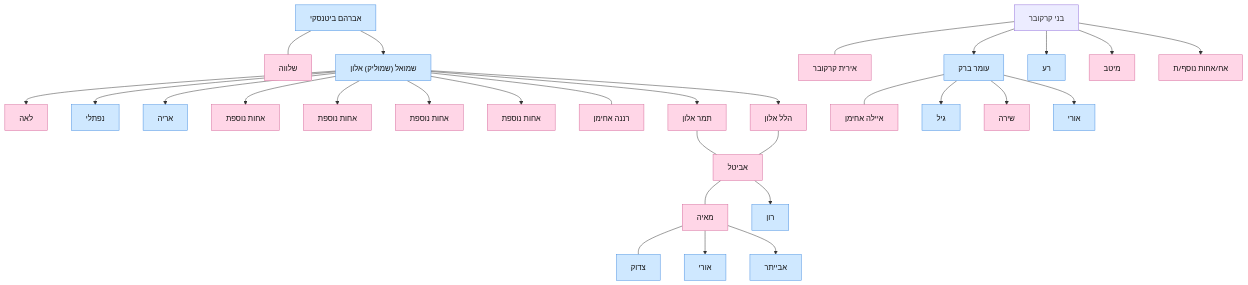
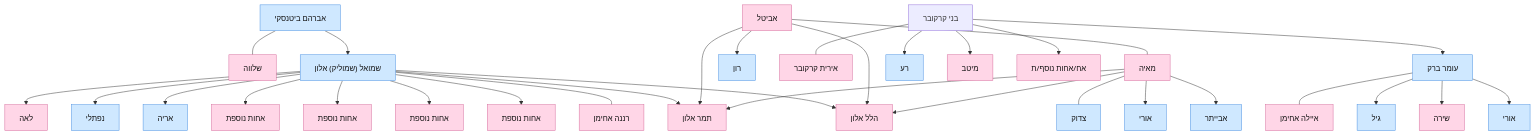
One commit to danielschwartz85/ancestree changed the diagram in mermaid/alon-renna-ayala.mmd. Above: the diagram before and after it, drawn with Mermaid. The commit also changed 5 other files, not shown here.

```diff
--- a/mermaid/alon-renna-ayala.mmd
+++ b/mermaid/alon-renna-ayala.mmd
@@ -1,47 +1,49 @@
 flowchart TB
     AB["אברהם ביטנסקי"] --- SHL["שלווה"]
 
     AB --> SHM["שמואל (שמוליק) אלון"]
 
     SHM --> LEA["לאה"]
     SHM --> NAF["נפתלי"]
     SHM --> ARY["אריה"]
     SHM --> SIS["אחות נוספת"]
     SHM --> SIS2["אחות נוספת"]
     SHM --> SIS3["אחות נוספת"]
     SHM --> SIS4["אחות נוספת"]
 
     SHM --- REN["רננה אחימן"]
 
     SHM --> TAM["תמר אלון"]
     SHM --> HIL["הלל אלון"]
 
-    TAM --- AVT["אביטל"]
-    HIL --- AVT
+    AVT["אביטל"] --- MAYA["מאיה"]
 
-    AVT --- MAYA["מאיה"]
+    AVT --> TAM
+    AVT --> HIL
+    MAYA --> TAM
+    MAYA --> HIL
 
     AVT --> RON["רון"]
 
     MAYA --- TZ["צדוק"]
     MAYA --> URI["אורי"]
     MAYA --> ABI["אבייתר"]
 
     BN["בני קרקובר"] --- IR["אירית קרקובר"]
 
     BN --> OMER["עומר ברק"]
     BN --> RA["רע"]
     BN --> MIT["מיטב"]
     BN --> OTHER["אח/אחות נוסף/ת"]
 
     OMER --- AY["איילה אחימן"]
 
     OMER --> GIL["גיל"]
     OMER --> SHIRA["שירה"]
     OMER --> URI2["אורי"]
 
     classDef male fill:#cfe8ff,stroke:#4a90e2,color:#111;
     classDef female fill:#ffd6e7,stroke:#d66b9c,color:#111;
 
     class AB,SHM,NAF,ARY,OMER,RA,TZ,URI,ABI,RON,GIL,URI2 male;
     class SHL,LEA,SIS,SIS2,SIS3,SIS4,REN,TAM,HIL,AVT,MAYA,IR,MIT,AY,SHIRA,OTHER female;
```
